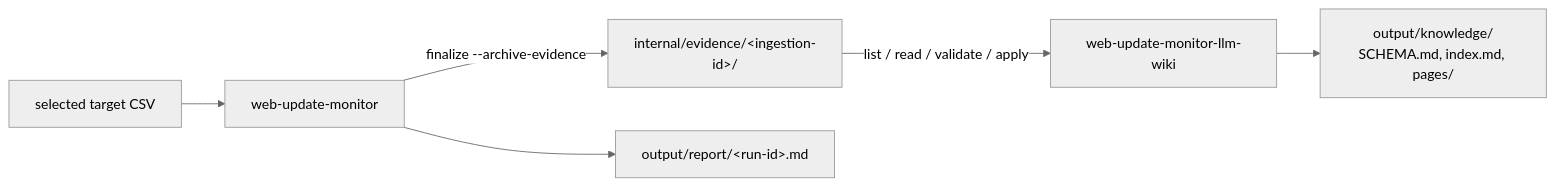
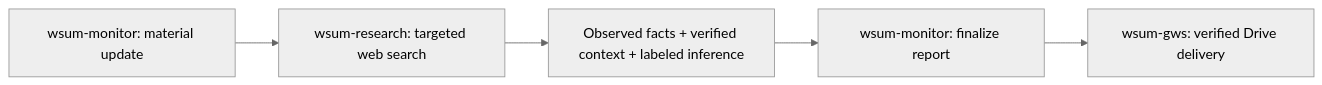
One commit to dceoy/wsum changed the second of 2 diagrams in README.md. Above: the diagram before and after it, drawn with Mermaid (neutral theme). The commit also changed other lines of this file and 21 other files, not shown here.

Commit message:
feat(skills): replace unused wiki with research and rename wsum skills

````diff
--- a/README.md
+++ b/README.md
@@ -54,8 +54,7 @@
 ```mermaid
 flowchart LR
-    CSV["selected target CSV"] --> CORE["web-update-monitor"]
-    CORE -->|"finalize --archive-evidence"| EV["internal/evidence/&lt;ingestion-id&gt;/"]
-    CORE --> REPORT["output/report/&lt;run-id&gt;.md"]
-    EV -->|"list / read / validate / apply"| WIKI["web-update-monitor-llm-wiki"]
-    WIKI --> KB["output/knowledge/<br/>SCHEMA.md, index.md, pages/"]
+    MON["wsum-monitor: material update"] --> RESEARCH["wsum-research: targeted web search"]
+    RESEARCH --> FACTS["Observed facts + verified context + labeled inference"]
+    FACTS --> FINAL["wsum-monitor: finalize report"]
+    FINAL --> GWS["wsum-gws: verified Drive delivery"]
 ```
````
